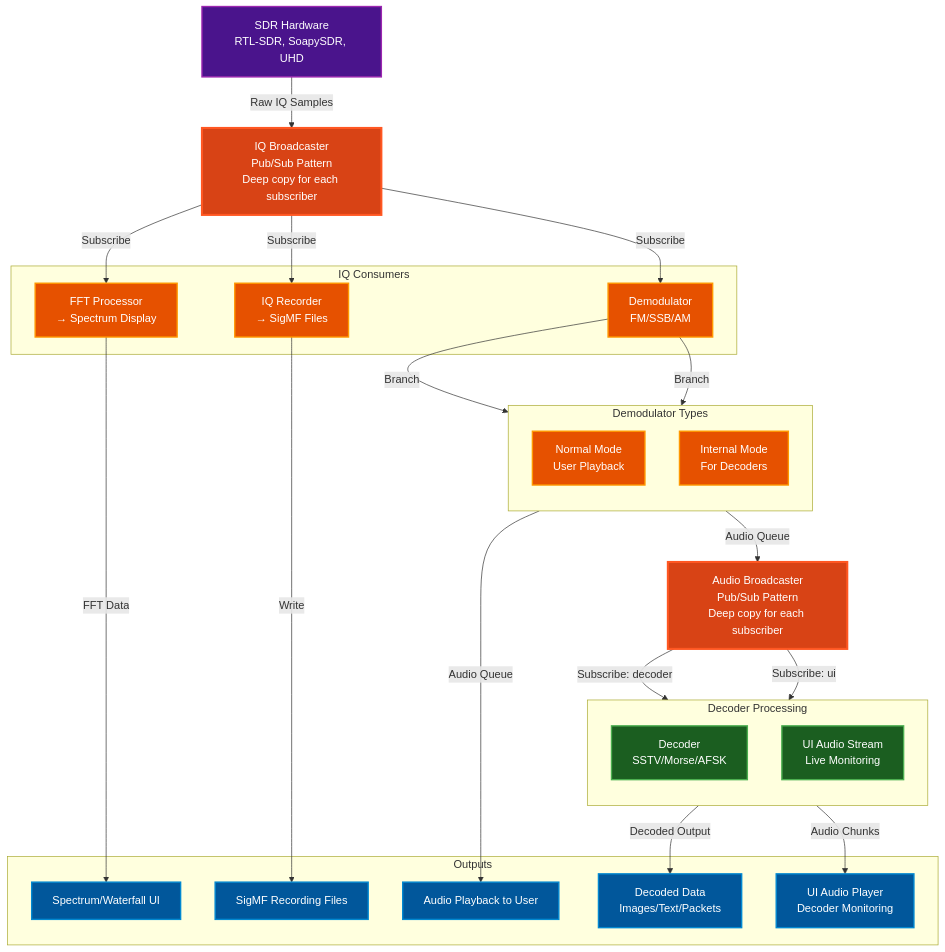
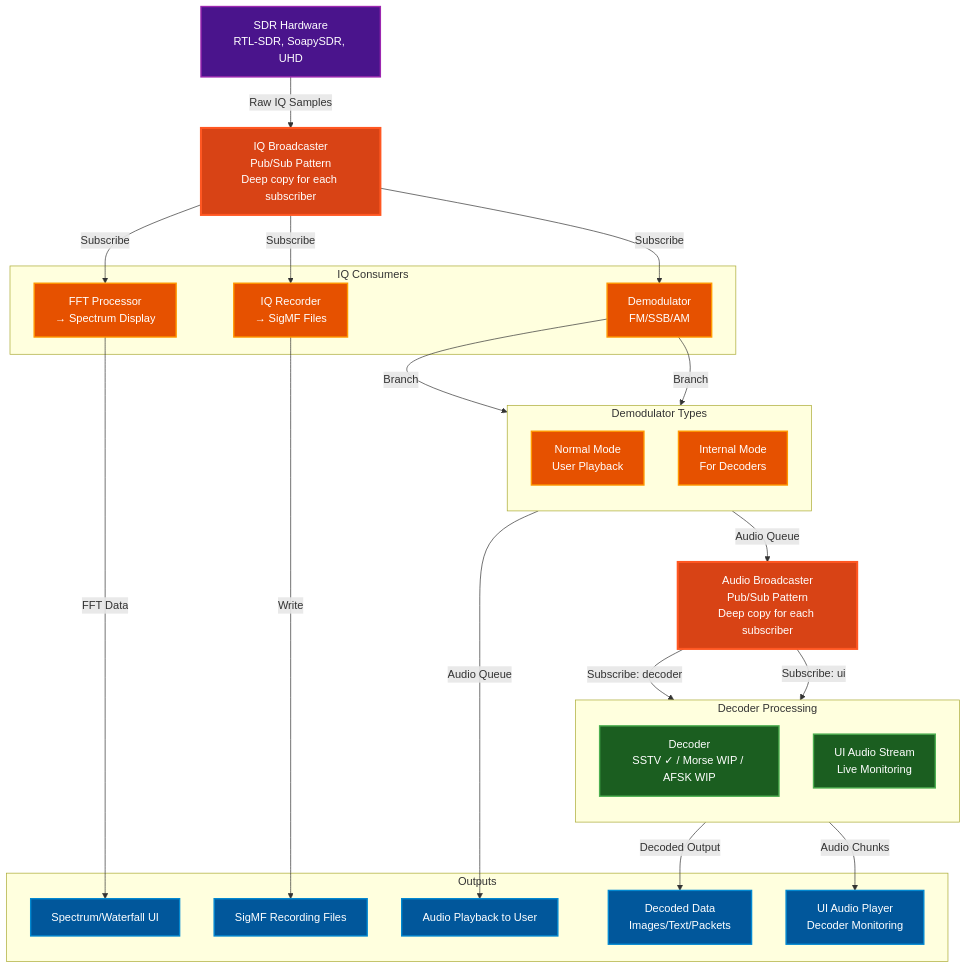
One commit to OneByJorah/GroundStation changed the second of 2 diagrams in README.md. Above: the diagram before and after it, drawn with Mermaid. The commit also changed other lines of this file, not shown here.

Commit message:
"Update README: expand decoding features, clarify system architecture, and document pub/sub patterns for signal and audio processing."

````diff
--- a/README.md
+++ b/README.md
@@ -192,74 +197,74 @@
 ```mermaid
 flowchart TB
     %% SDR Source
     SDR[SDR Hardware<br/>RTL-SDR, SoapySDR, UHD]
 
     %% IQ Broadcaster
     IQB[IQ Broadcaster<br/>Pub/Sub Pattern<br/>Deep copy for each subscriber]
 
     %% Primary Consumers
     subgraph Consumers["IQ Consumers"]
         FFT[FFT Processor<br/>→ Spectrum Display]
         REC[IQ Recorder<br/>→ SigMF Files]
         DEMOD[Demodulator<br/>FM/SSB/AM]
     end
 
     %% Demodulator Branches
     subgraph DemodBranch["Demodulator Types"]
         direction TB
         NORM[Normal Mode<br/>User Playback]
         INT[Internal Mode<br/>For Decoders]
     end
 
     %% Audio Broadcaster for Internal Demodulators
     AUDIOB[Audio Broadcaster<br/>Pub/Sub Pattern<br/>Deep copy for each subscriber]
 
     %% Decoder Chain
     subgraph DecoderChain["Decoder Processing"]
         direction TB
-        DEC[Decoder<br/>SSTV/Morse/AFSK]
+        DEC[Decoder<br/>SSTV ✓ / Morse WIP / AFSK WIP]
         UIAUDIO[UI Audio Stream<br/>Live Monitoring]
     end
 
     %% Output Destinations
     subgraph Outputs["Outputs"]
         SPECUI[Spectrum/Waterfall UI]
         SIGFILE[SigMF Recording Files]
         PLAYBACK[Audio Playback to User]
         DECOUT[Decoded Data<br/>Images/Text/Packets]
         AUDIOUI[UI Audio Player<br/>Decoder Monitoring]
     end
 
     %% Connections
     SDR -->|Raw IQ Samples| IQB
     IQB -->|Subscribe| FFT
     IQB -->|Subscribe| REC
     IQB -->|Subscribe| DEMOD
 
     DEMOD -->|Branch| NORM
     DEMOD -->|Branch| INT
 
     NORM -->|Audio Queue| PLAYBACK
     INT -->|Audio Queue| AUDIOB
 
     AUDIOB -->|Subscribe: decoder| DEC
     AUDIOB -->|Subscribe: ui| UIAUDIO
 
     FFT -->|FFT Data| SPECUI
     REC -->|Write| SIGFILE
     DEC -->|Decoded Output| DECOUT
     UIAUDIO -->|Audio Chunks| AUDIOUI
 
     %% Styling
     classDef hardware fill:#4a148c,stroke:#9c27b0,stroke-width:2px,color:#ffffff
     classDef broadcaster fill:#d84315,stroke:#ff5722,stroke-width:3px,color:#ffffff
     classDef processor fill:#e65100,stroke:#ff9800,stroke-width:2px,color:#ffffff
     classDef output fill:#01579b,stroke:#0288d1,stroke-width:2px,color:#ffffff
     classDef decoder fill:#1b5e20,stroke:#4caf50,stroke-width:2px,color:#ffffff
 
     class SDR hardware
     class IQB,AUDIOB broadcaster
     class FFT,REC,DEMOD,NORM,INT processor
     class SPECUI,SIGFILE,PLAYBACK,DECOUT,AUDIOUI output
     class DEC,UIAUDIO decoder
 ```
````
